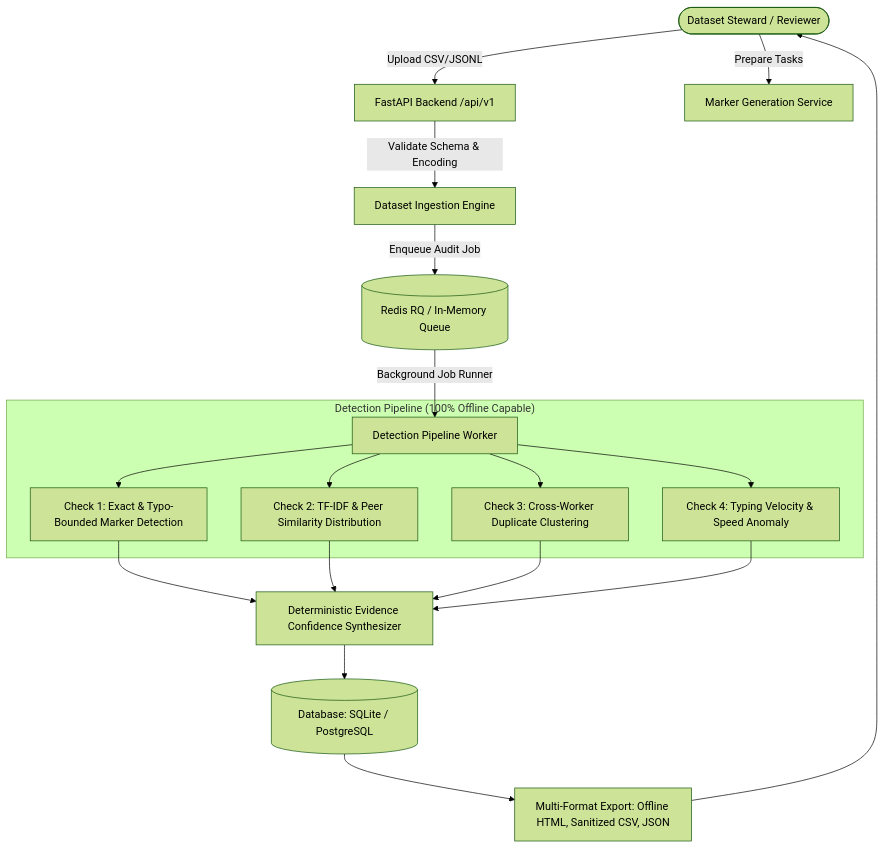
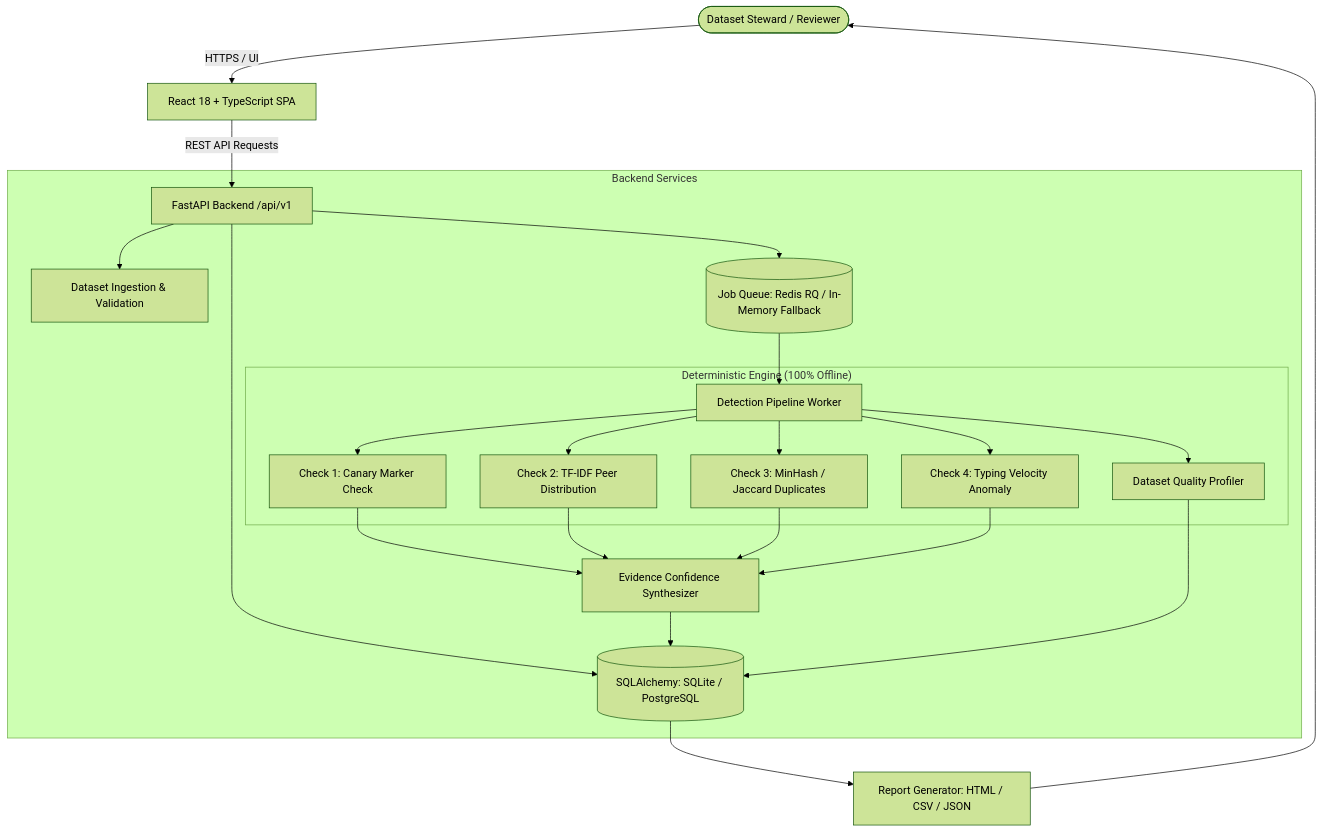
One commit to Temkin236/canary-srs changed the second of 2 diagrams in README.md. Above: the diagram before and after it, drawn with Mermaid (forest theme). The commit also changed other lines of this file and 2 other files, not shown here.

````diff
--- a/README.md
+++ b/README.md
@@ -43,24 +177,30 @@
 ```mermaid
 graph TD
-    User([Dataset Steward / Reviewer]) -->|Upload CSV/JSONL| API[FastAPI Backend /api/v1]
-    User -->|Prepare Tasks| Prepare[Marker Generation Service]
-    API -->|Validate Schema & Encoding| Ingest[Dataset Ingestion Engine]
-    Ingest -->|Enqueue Audit Job| Queue[(Redis RQ / In-Memory Queue)]
-    Queue -->|Background Job Runner| Worker[Detection Pipeline Worker]
+    User([Dataset Steward / Reviewer]) -->|HTTPS / UI| Frontend[React 18 + TypeScript SPA]
+    Frontend -->|REST API Requests| API[FastAPI Backend /api/v1]
     
-    subgraph "Detection Pipeline (100% Offline Capable)"
-        Worker --> CheckMarker[Check 1: Exact & Typo-Bounded Marker Detection]
-        Worker --> CheckSim[Check 2: TF-IDF & Peer Similarity Distribution]
-        Worker --> CheckDup[Check 3: Cross-Worker Duplicate Clustering]
-        Worker --> CheckSpeed[Check 4: Typing Velocity & Speed Anomaly]
+    subgraph "Backend Services"
+        API --> Ingest[Dataset Ingestion & Validation]
+        API --> DB[(SQLAlchemy: SQLite / PostgreSQL)]
+        API --> Queue[(Job Queue: Redis RQ / In-Memory Fallback)]
+        Queue --> Worker[Detection Pipeline Worker]
+        
+        subgraph "Deterministic Engine (100% Offline)"
+            Worker --> Check1[Check 1: Canary Marker Check]
+            Worker --> Check2[Check 2: TF-IDF Peer Distribution]
+            Worker --> Check3[Check 3: MinHash / Jaccard Duplicates]
+            Worker --> Check4[Check 4: Typing Velocity Anomaly]
+            Worker --> Quality[Dataset Quality Profiler]
+        end
+        
+        Check1 --> Synth[Evidence Confidence Synthesizer]
+        Check2 --> Synth
+        Check3 --> Synth
+        Check4 --> Synth
+        Synth --> DB
+        Quality --> DB
     end
 
-    CheckMarker --> Synth[Deterministic Evidence Confidence Synthesizer]
-    CheckSim --> Synth
-    CheckDup --> Synth
-    CheckSpeed --> Synth
-    
-    Synth --> DB[(Database: SQLite / PostgreSQL)]
-    DB --> Export[Multi-Format Export: Offline HTML, Sanitized CSV, JSON]
+    DB --> Export[Report Generator: HTML / CSV / JSON]
     Export --> User
 ```
````
